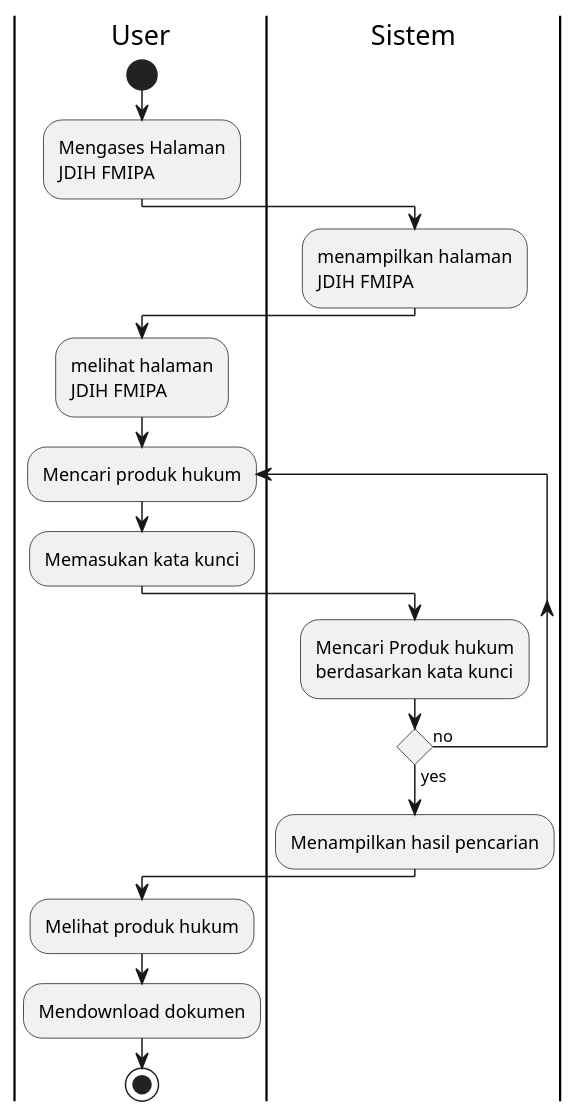
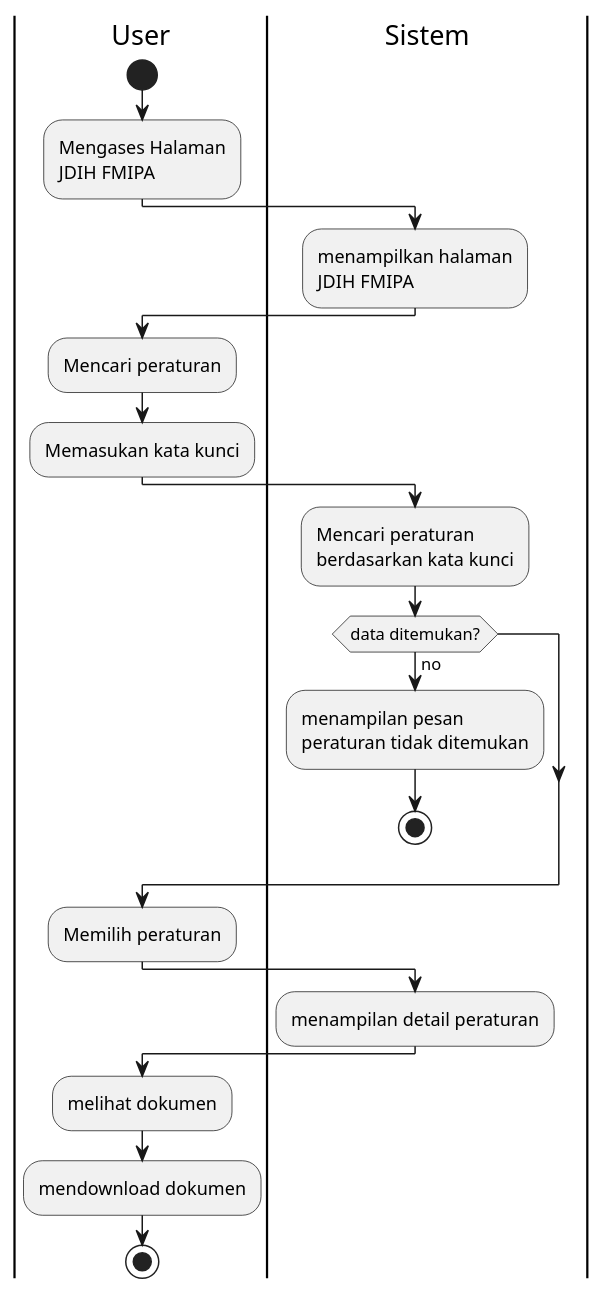
The diagram in Desain Aplikasi/Pembaruan/user/activityUser.pu (MIRLANI/JDIH_App_11), drawn with PlantUML before and after one commit. The commit also changed 46 other files, not shown here.

```diff
--- a/Desain Aplikasi/Pembaruan/user/activityUser.pu
+++ b/Desain Aplikasi/Pembaruan/user/activityUser.pu
@@ -1,30 +1,33 @@
 @startuml
 
 |User|
 start
 :Mengases Halaman
 JDIH FMIPA;
 |Sistem|
 :menampilkan halaman
 JDIH FMIPA;
 |User|
-:melihat halaman
-JDIH FMIPA;
-
-repeat :Mencari produk hukum;
+:Mencari peraturan;
 
 :Memasukan kata kunci;
 |User|
 |Sistem|
 
-:Mencari Produk hukum
+:Mencari peraturan
 berdasarkan kata kunci;
-repeat  while () is (no) not (yes)
-:Menampilkan hasil pencarian;
+if (data ditemukan?) then (no) 
+  :menampilan pesan 
+  peraturan tidak ditemukan;
+  stop
+endif
+
 |User|
-:Melihat produk hukum;
-
-:Mendownload dokumen;
-
+:Memilih peraturan;
+|Sistem|
+:menampilan detail peraturan;
+|User|
+:melihat dokumen;
+:mendownload dokumen;
 stop
 @enduml
```
